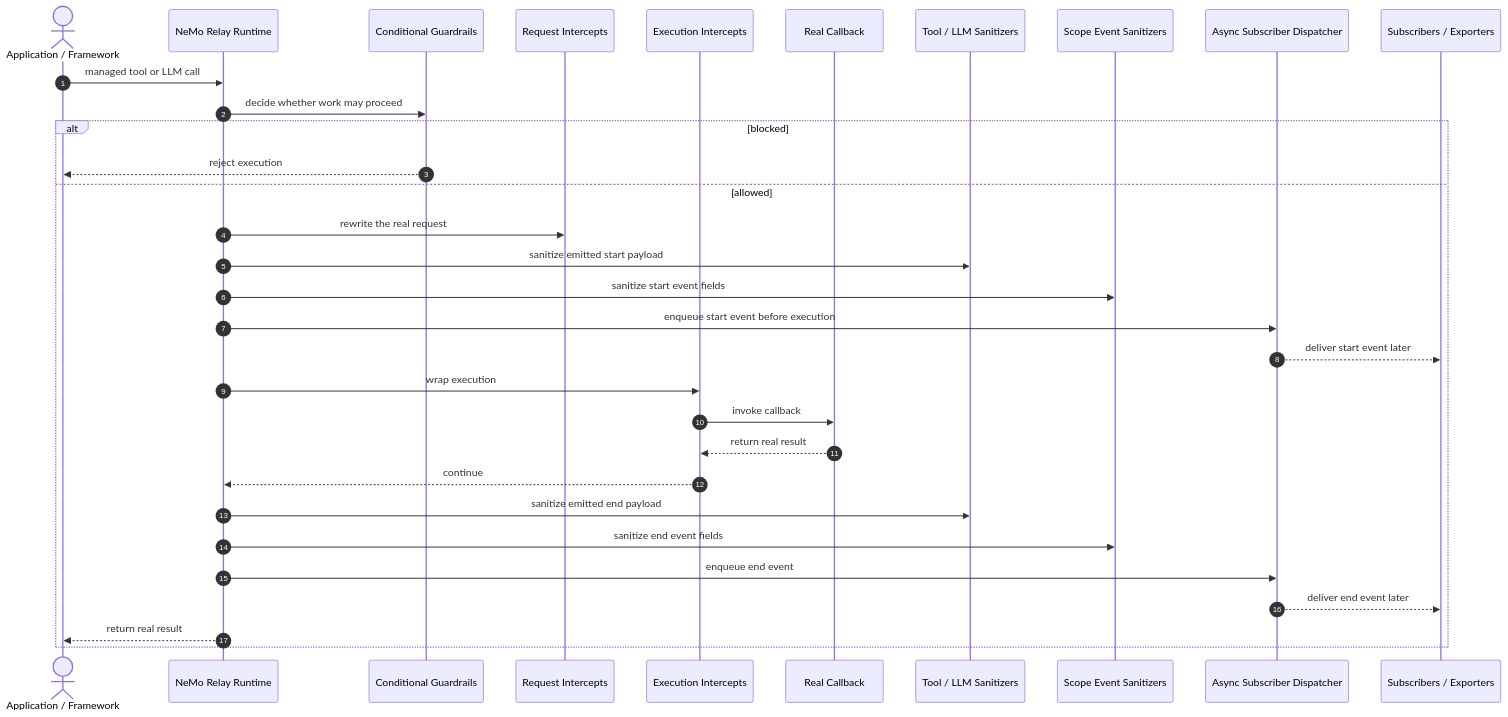
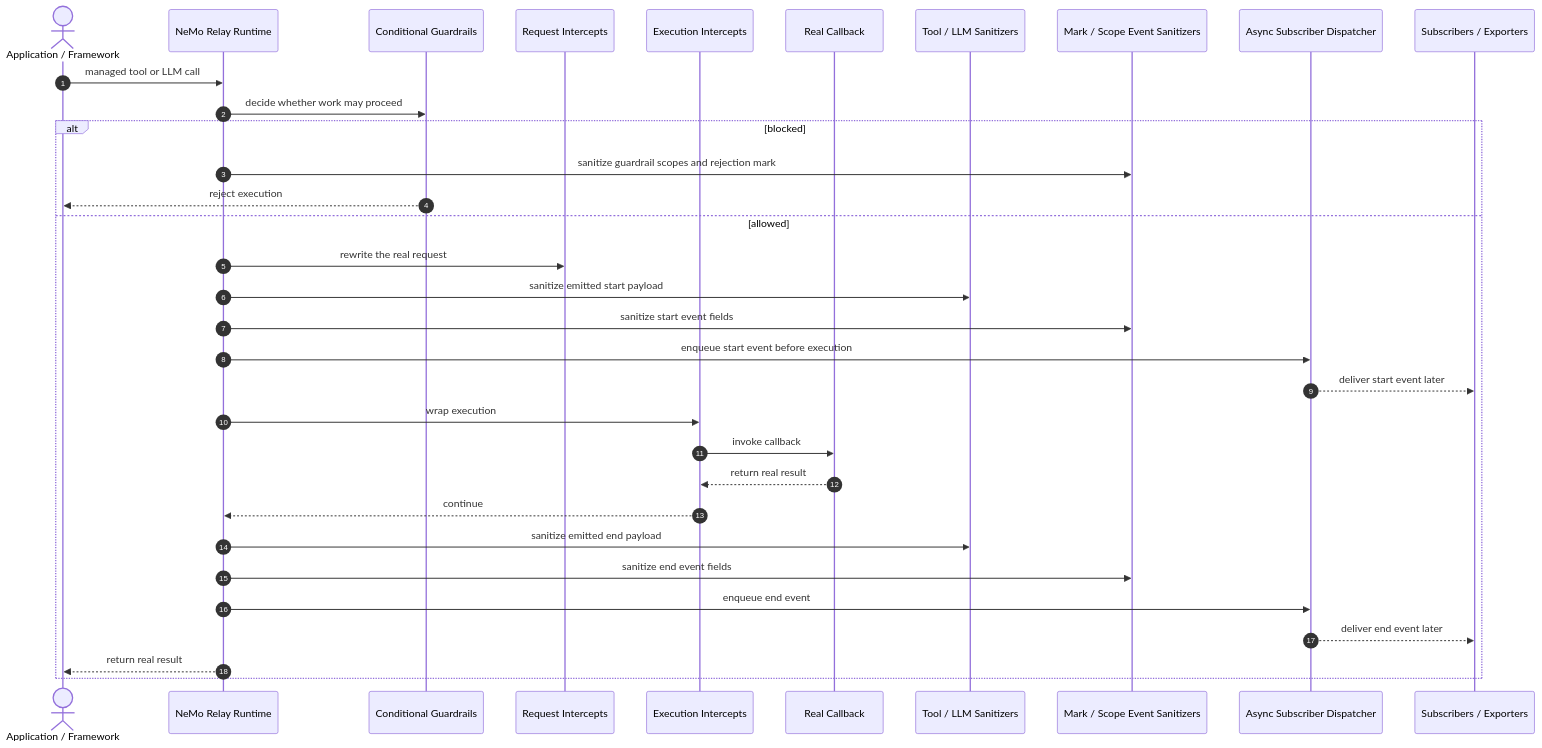
The first of 2 diagrams in docs/about-nemo-relay/concepts/middleware.mdx (NVIDIA/NeMo-Relay), drawn with Mermaid before and after one commit. The commit also changed other lines of this file and 4 other files, not shown here.

````diff
--- a/docs/about-nemo-relay/concepts/middleware.mdx
+++ b/docs/about-nemo-relay/concepts/middleware.mdx
@@ -134,36 +133,37 @@
 ```mermaid
 sequenceDiagram
     autonumber
     actor Caller as Application / Framework
     participant Runtime as NeMo Relay Runtime
     participant Cond as Conditional Guardrails
     participant Req as Request Intercepts
     participant Exec as Execution Intercepts
     participant Callback as Real Callback
     participant San as Tool / LLM Sanitizers
-    participant EventSan as Scope Event Sanitizers
+    participant EventSan as Mark / Scope Event Sanitizers
     participant Dispatch as Async Subscriber Dispatcher
     participant Consumers as Subscribers / Exporters
 
     Caller->>Runtime: managed tool or LLM call
     Runtime->>Cond: decide whether work may proceed
 
     alt blocked
+        Runtime->>EventSan: sanitize guardrail scopes and rejection mark
         Cond-->>Caller: reject execution
     else allowed
         Runtime->>Req: rewrite the real request
         Runtime->>San: sanitize emitted start payload
         Runtime->>EventSan: sanitize start event fields
         Runtime->>Dispatch: enqueue start event before execution
         Dispatch-->>Consumers: deliver start event later
         Runtime->>Exec: wrap execution
         Exec->>Callback: invoke callback
         Callback-->>Exec: return real result
         Exec-->>Runtime: continue
         Runtime->>San: sanitize emitted end payload
         Runtime->>EventSan: sanitize end event fields
         Runtime->>Dispatch: enqueue end event
         Dispatch-->>Consumers: deliver end event later
         Runtime-->>Caller: return real result
     end
 ```
````
